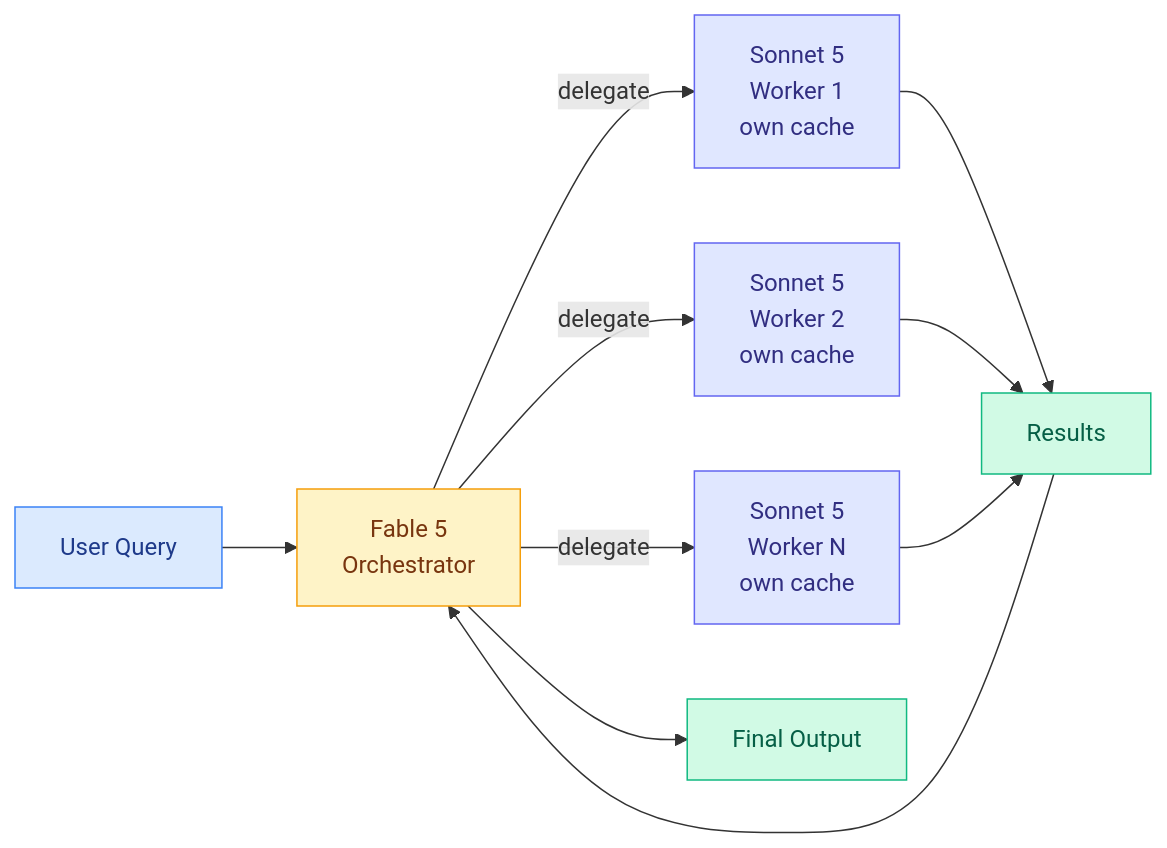
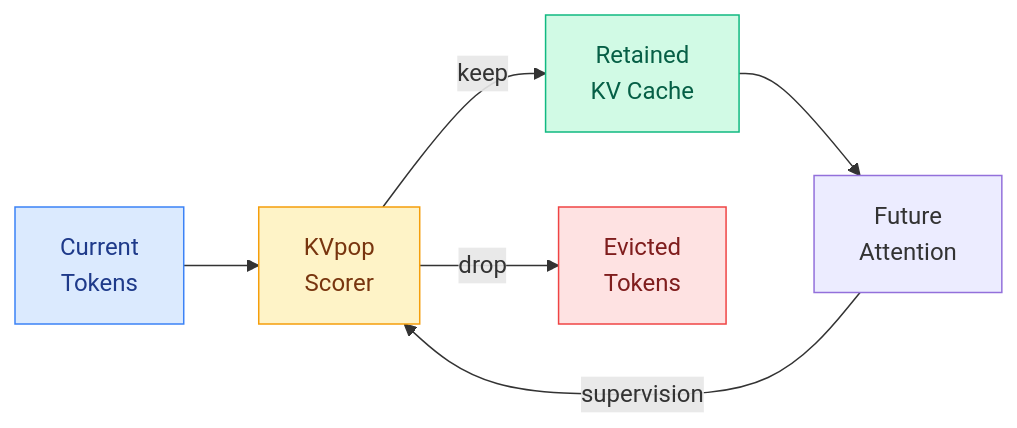
One commit to bayesiansapien/cere-bro changed the third of 3 diagrams in wiki/daily-digest/2026-07/2026-07-08.md. Above: the diagram before and after it, drawn with Mermaid. The commit also changed other lines of this file, not shown here.

````diff
--- a/wiki/daily-digest/2026-07/2026-07-08.md
+++ b/wiki/daily-digest/2026-07/2026-07-08.md
@@ -88,20 +123,17 @@
 ```mermaid
 flowchart LR
-    U[User Query] --> O[Fable 5<br/>Orchestrator]
-    O -->|delegate| W1[Sonnet 5<br/>Worker 1<br/>own cache]
-    O -->|delegate| W2[Sonnet 5<br/>Worker 2<br/>own cache]
-    O -->|delegate| W3[Sonnet 5<br/>Worker N<br/>own cache]
-    W1 --> R[Results]
-    W2 --> R
-    W3 --> R
-    R --> O
-    O --> F[Final Output]
+    T[Current<br/>Tokens] --> S[KVpop<br/>Scorer]
+    S -->|keep| K[Retained<br/>KV Cache]
+    S -->|drop| D[Evicted<br/>Tokens]
+    K --> F[Future<br/>Attention]
+    F -->|supervision| S
     classDef input fill:#dbeafe,stroke:#3b82f6,color:#1e3a8a
     classDef decision fill:#fef3c7,stroke:#f59e0b,color:#78350f
     classDef output fill:#d1fae5,stroke:#10b981,color:#065f46
-    classDef aux fill:#e0e7ff,stroke:#6366f1,color:#312e81
-    class U input
-    class O decision
-    class W1,W2,W3 aux
-    class R,F output
+    classDef warn fill:#fee2e2,stroke:#ef4444,color:#7f1d1d
+    class T input
+    class S decision
+    class K output
+    class D warn
+    class F aux
 ```
````
